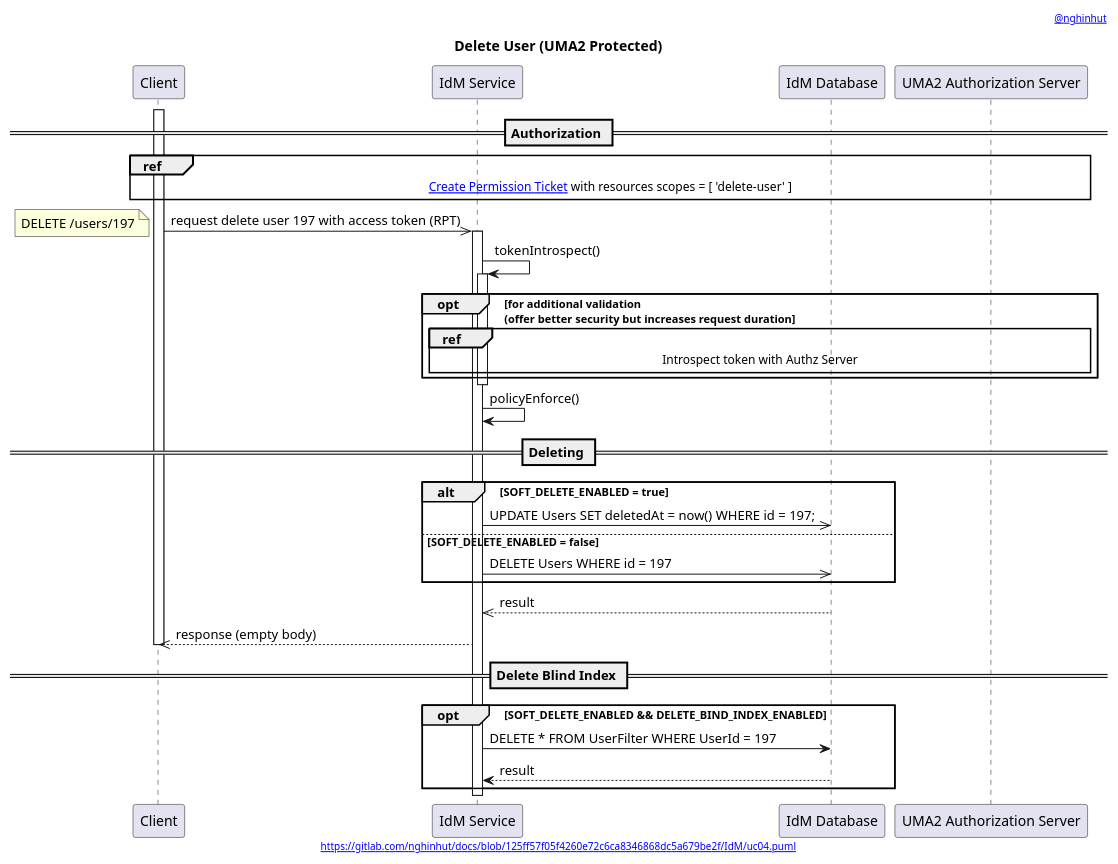
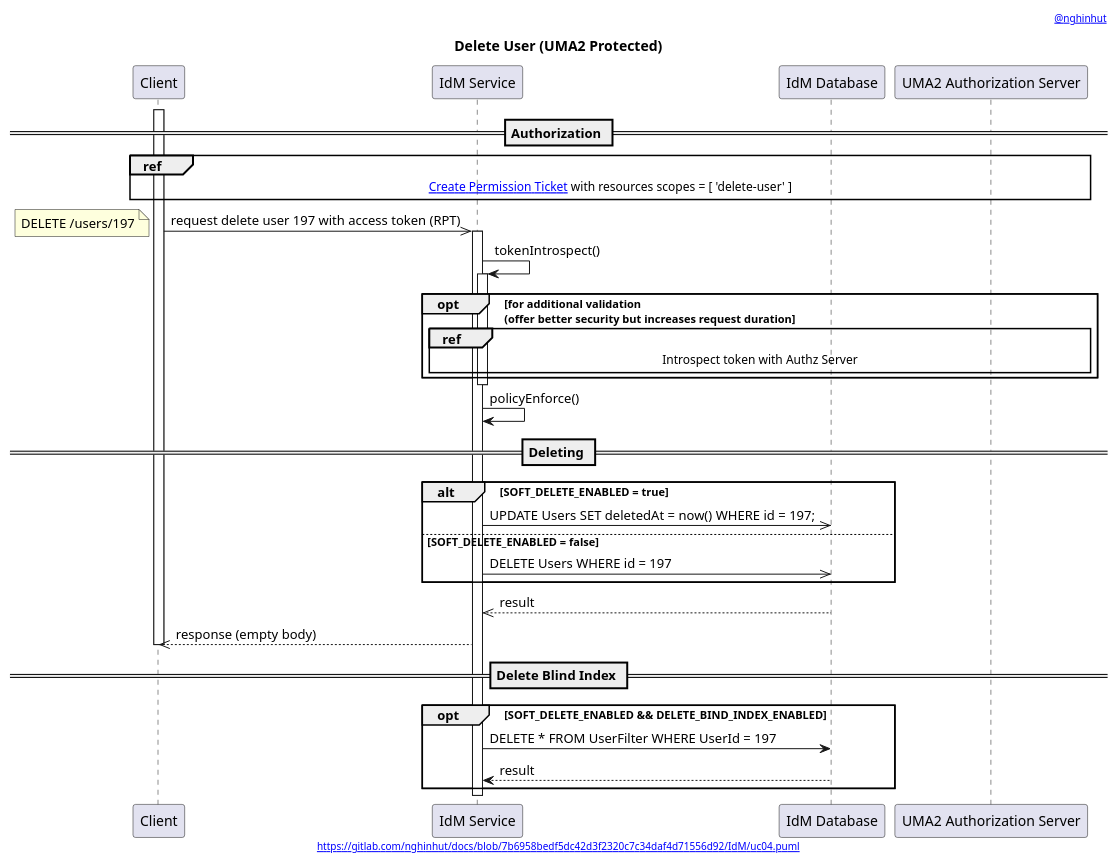
One commit to nghinhut/docs changed the diagram in IdM/uc04.sequence.puml. Above: the diagram before and after it, drawn with PlantUML. The commit also changed 27 other files, not shown here.

```diff
--- a/IdM/uc04.sequence.puml
+++ b/IdM/uc04.sequence.puml
@@ -1,58 +1,58 @@
 @startuml
 '-----START auto generated metadata please keep comment here to allow auto update-----
 '-----DON'T EDIT THIS SECTION, INSTEAD RE-RUN prebuild.sh TO UPDATE-----
-header [[https://www.nghinhut.dev?from=http%5C%3A%5C%2F%5C%2Fwww%5C.plantuml%5C.com%5C%2Fplantuml%5C%2Fproxy%3Ffmt%3Dsvg%5C%26src%3Dhttps%5C%3A%5C%2F%5C%2Fgitlab%5C.com%5C%2Fnghinhut%5C%2Fdocs%5C%2Fraw%5C%2F125ff57f05f4260e72c6ca8346868dc5a679be2f%5C%2FIdM%5C%2Fuc04%5C.puml%0A @nghinhut]]
-footer [[http://www.plantuml.com/plantuml/proxy?fmt=svg&src=https://gitlab.com/nghinhut/docs/raw/125ff57f05f4260e72c6ca8346868dc5a679be2f/IdM/uc04.puml https://gitlab.com/nghinhut/docs/blob/125ff57f05f4260e72c6ca8346868dc5a679be2f/IdM/uc04.puml]]
+header [[https://www.nghinhut.dev?from=http%5C%3A%5C%2F%5C%2Fwww%5C.plantuml%5C.com%5C%2Fplantuml%5C%2Fproxy%3Ffmt%3Dsvg%5C%26src%3Dhttps%5C%3A%5C%2F%5C%2Fgitlab%5C.com%5C%2Fnghinhut%5C%2Fdocs%5C%2Fraw%5C%2F7b6958bedf5dc42d3f2320c7c34daf4d71556d92%5C%2FIdM%5C%2Fuc04%5C.puml%0A @nghinhut]]
+footer [[http://www.plantuml.com/plantuml/proxy?fmt=svg&src=https://gitlab.com/nghinhut/docs/raw/7b6958bedf5dc42d3f2320c7c34daf4d71556d92/IdM/uc04.puml https://gitlab.com/nghinhut/docs/blob/7b6958bedf5dc42d3f2320c7c34daf4d71556d92/IdM/uc04.puml]]
 '-----END auto generated metadata please keep comment here to allow auto update-----
 title Delete User (UMA2 Protected)
 
 participant "Client" as client
 participant "IdM Service" as idm
 participant "IdM Database" as db
 participant "UMA2 Authorization Server" as as
 
 
 == Authorization ==
 activate client
 ref over client, idm, as
     [[$BASE_URL/create-permission-ticket.function.puml{} Create Permission Ticket]] with resources scopes = [ 'delete-user' ]
 end
 
 {start_d1} client ->> idm : request delete user 197 with access token (RPT)
 note left
     DELETE /users/197
 end note
 
 activate idm
 idm -> idm : tokenIntrospect()
 activate idm
     opt for additional validation\n(offer better security but increases request duration
         ref over idm, as
             Introspect token with Authz Server
         end
     end
 deactivate idm
 
 idm -> idm : policyEnforce()
 
 
 == Deleting ==
 alt SOFT_DELETE_ENABLED = true
     idm ->> db : UPDATE Users SET deletedAt = now() WHERE id = 197;
 else SOFT_DELETE_ENABLED = false
     idm ->> db : DELETE Users WHERE id = 197
 end
 idm <<-- db : result
 
 client <<-- idm : response (empty body)
 deactivate client
 
 
 == Delete Blind Index ==
 opt SOFT_DELETE_ENABLED && DELETE_BIND_INDEX_ENABLED
     idm -> db : DELETE * FROM UserFilter WHERE UserId = 197
     idm <-- db : result
 end
 
 deactivate idm
 @enduml
```
